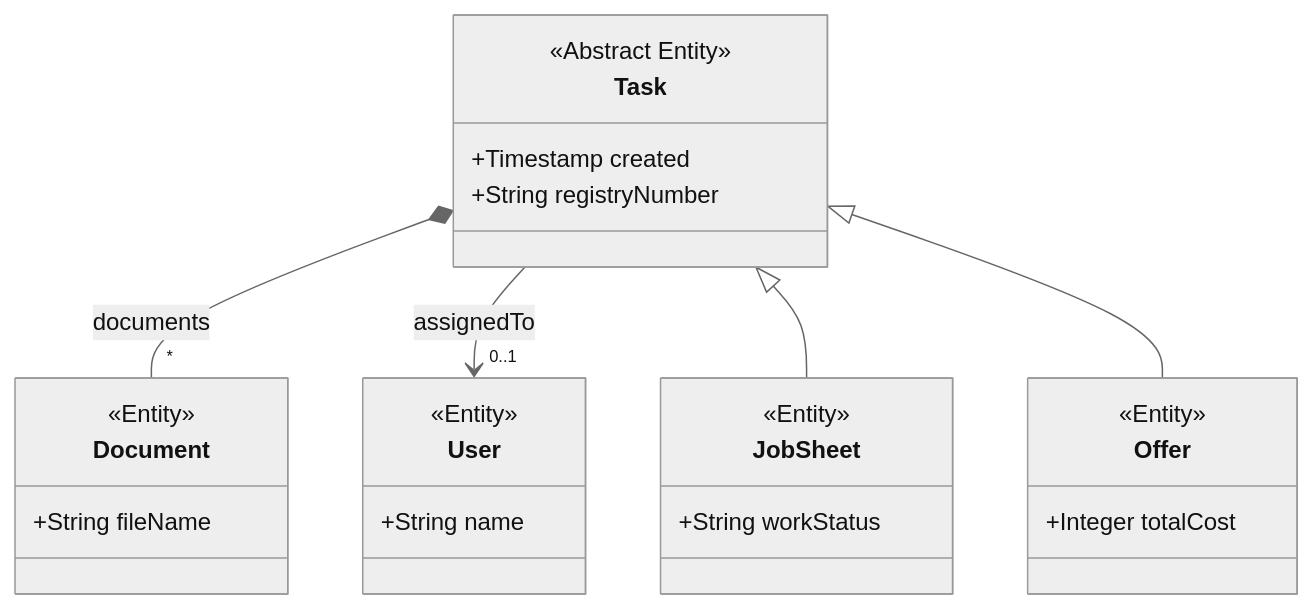
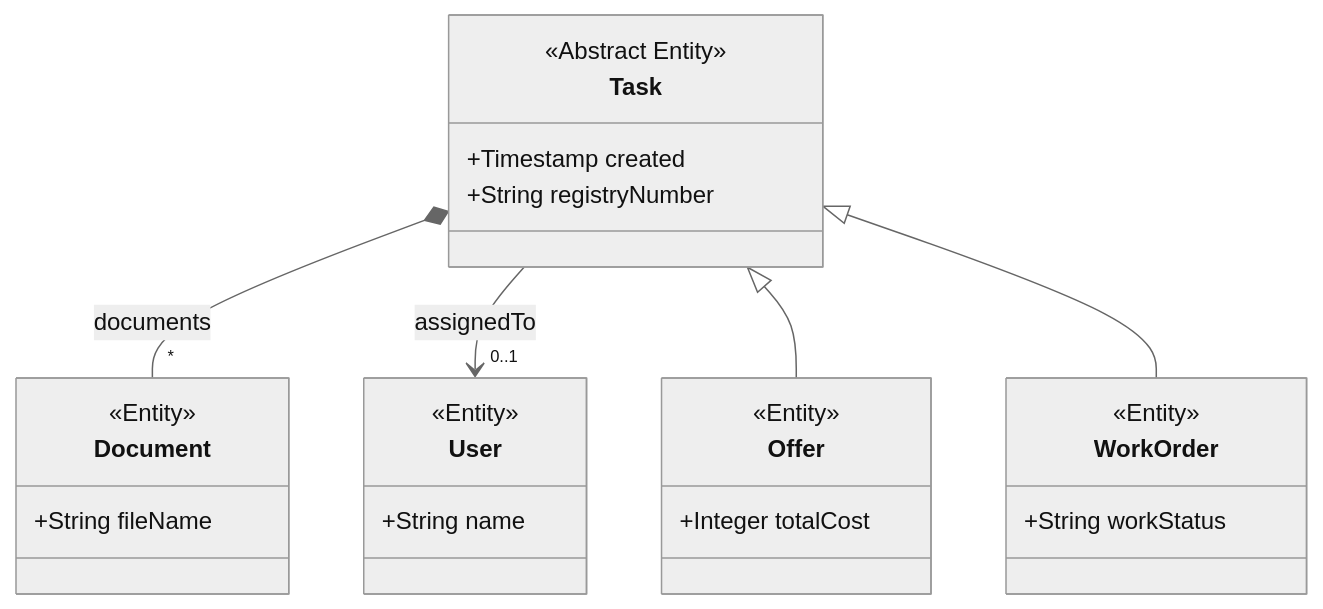
Before and after one commit to BlackBeltTechnology/judo-blueprint: the diagram in catalog/best-practices/model/generalization-base-entity.md, drawn with Mermaid (neutral theme). The commit also changed other lines of this file and 538 other files, not shown here.

````diff
--- a/catalog/best-practices/model/generalization-base-entity.md
+++ b/catalog/best-practices/model/generalization-base-entity.md
@@ -74,28 +74,28 @@
 ```mermaid
 classDiagram
   class Document {
     <<Entity>>
     +String fileName
-  }
-  class JobSheet {
-    <<Entity>>
-    +String workStatus
   }
   class Offer {
     <<Entity>>
     +Integer totalCost
   }
   class Task {
     <<Abstract Entity>>
     +Timestamp created
     +String registryNumber
   }
   class User {
     <<Entity>>
     +String name
   }
+  class WorkOrder {
+    <<Entity>>
+    +String workStatus
+  }
   Task *-- "*" Document : documents
   Task --> "0..1" User : assignedTo
-  Task <|-- JobSheet
   Task <|-- Offer
+  Task <|-- WorkOrder
 ```
````
